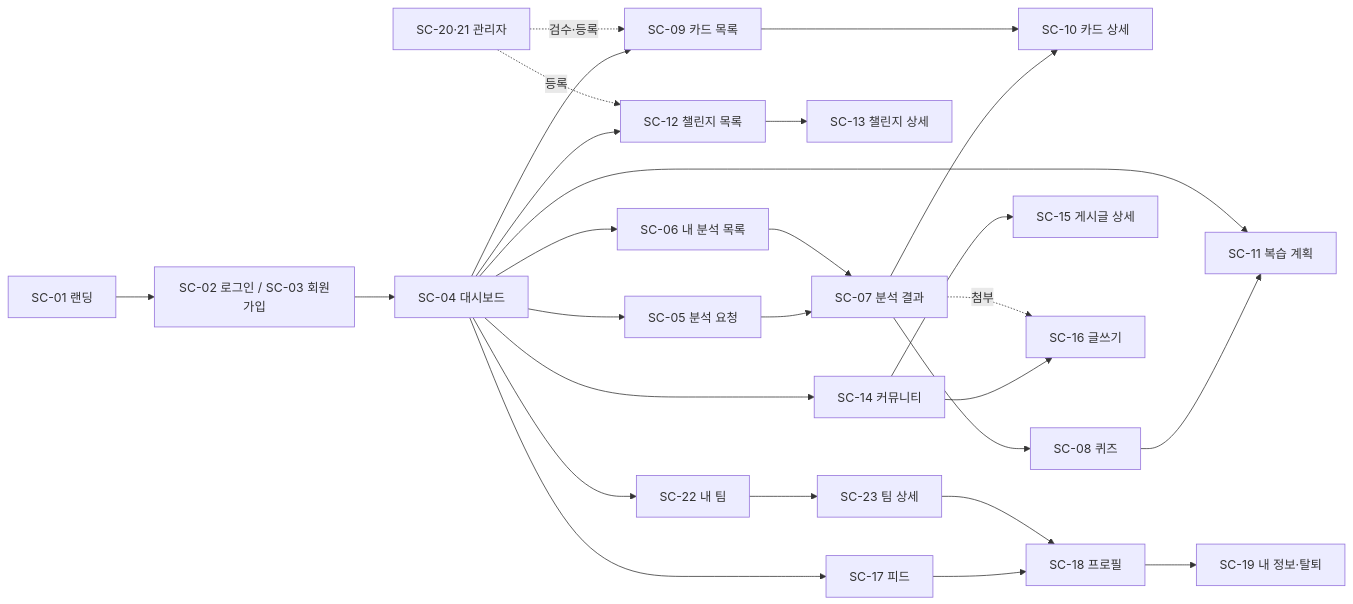
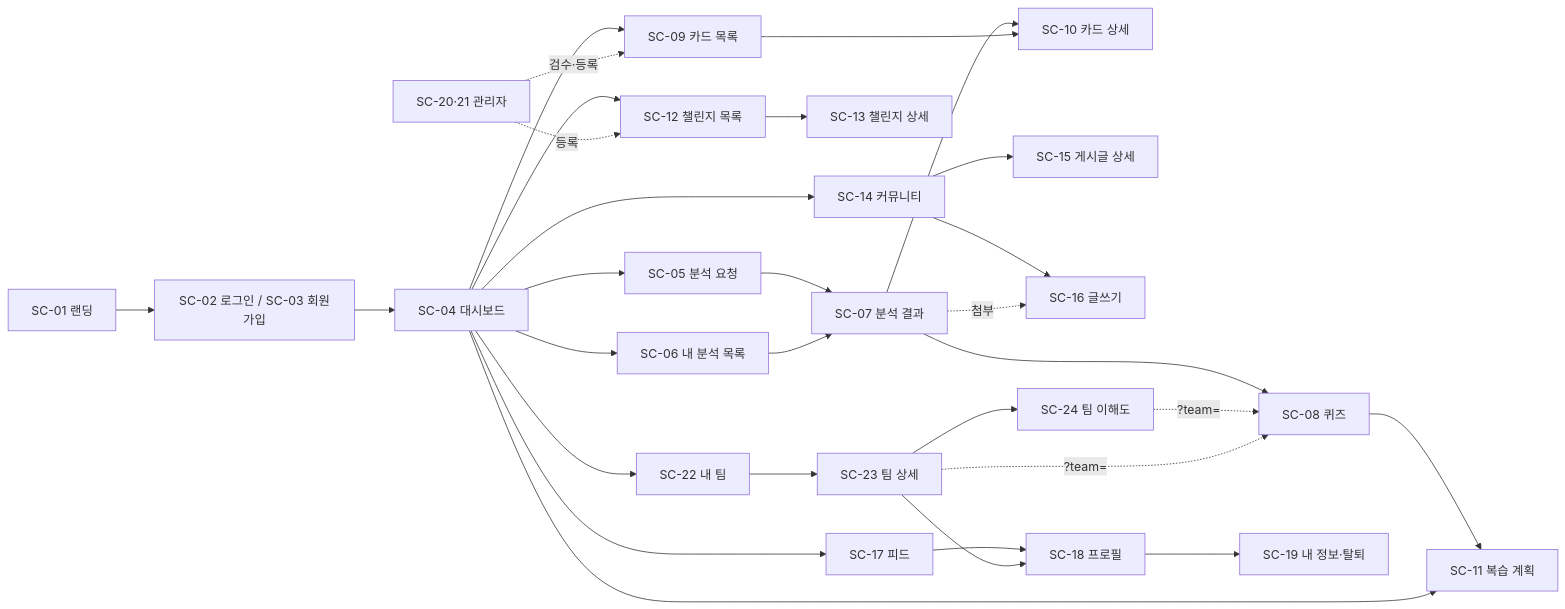
The diagram in docs/산출물/06-화면설계서.md (whans1996/final), drawn with Mermaid before and after one commit. The commit also changed other lines of this file and 5 other files, not shown here.

Commit message:
docs(F-20b): 산출물(ERD·요구사항·화면 설계서 SC-24) 반영, spec 예시 attemptId 정정

````diff
--- a/docs/산출물/06-화면설계서.md
+++ b/docs/산출물/06-화면설계서.md
@@ -38,20 +39,22 @@
 ```mermaid
 flowchart LR
   L[SC-01 랜딩] --> A[SC-02 로그인 / SC-03 회원가입]
   A --> D[SC-04 대시보드]
   D --> R[SC-05 분석 요청] --> RS[SC-07 분석 결과]
   D --> ML[SC-06 내 분석 목록] --> RS
   RS --> CD[SC-10 카드 상세]
   RS --> Q[SC-08 퀴즈] --> RP[SC-11 복습 계획]
   D --> RP
   D --> CL[SC-09 카드 목록] --> CD
   D --> CH[SC-12 챌린지 목록] --> CHD[SC-13 챌린지 상세]
   D --> B[SC-14 커뮤니티] --> P[SC-15 게시글 상세] 
   B --> W[SC-16 글쓰기]
   RS -. 첨부 .-> W
   D --> F[SC-17 피드] --> PF[SC-18 프로필]
   PF --> ST[SC-19 내 정보·탈퇴]
   D --> TL[SC-22 내 팀] --> TD[SC-23 팀 상세] --> PF
+  TD --> TU[SC-24 팀 이해도] -. ?team= .-> Q
+  TD -. ?team= .-> Q
   AD[SC-20·21 관리자] -. 검수·등록 .-> CL
   AD -. 등록 .-> CH
 ```
````
